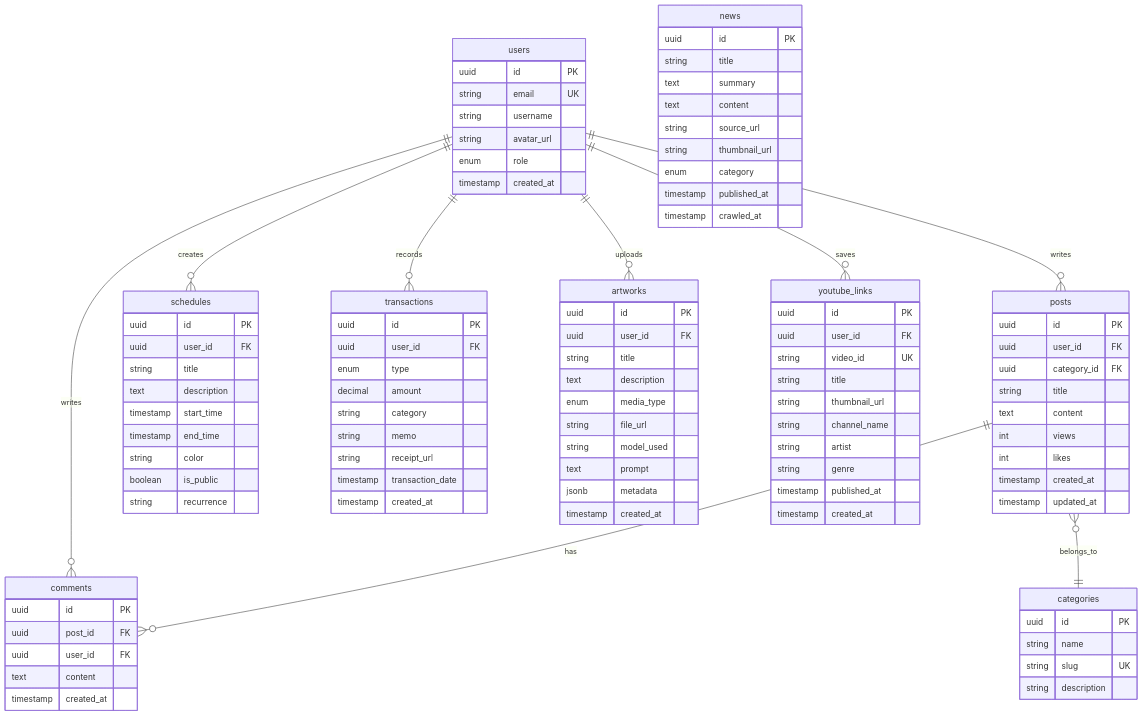
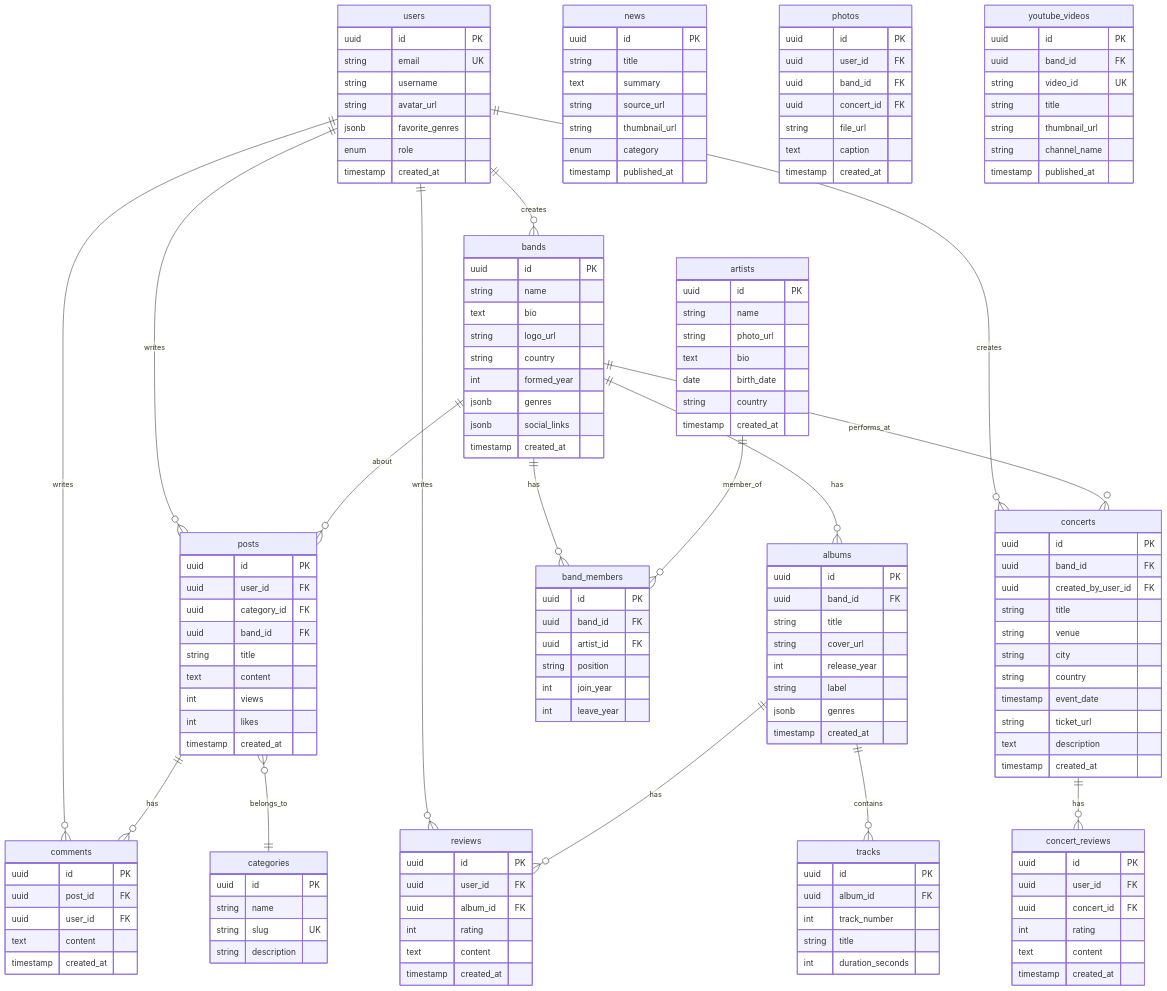
The diagram in LLD.md (choulyong/homepage), drawn with Mermaid before and after one commit. The commit also changed other lines of this file and 3 other files, not shown here.

````diff
--- a/LLD.md
+++ b/LLD.md
@@ -237,20 +137,114 @@
 erDiagram
     users ||--o{ posts : writes
     users ||--o{ comments : writes
-    users ||--o{ schedules : creates
-    users ||--o{ transactions : records
-    users ||--o{ artworks : uploads
-    users ||--o{ youtube_links : saves
+    users ||--o{ reviews : writes
+    users ||--o{ bands : creates
+    users ||--o{ concerts : creates
+
+    bands ||--o{ albums : has
+    bands ||--o{ band_members : has
+    bands ||--o{ concerts : performs_at
+    bands ||--o{ posts : about
+
+    albums ||--o{ reviews : has
+    albums ||--o{ tracks : contains
+
+    artists ||--o{ band_members : member_of
 
     posts ||--o{ comments : has
     posts }o--|| categories : belongs_to
+
+    concerts ||--o{ concert_reviews : has
 
     users {
         uuid id PK
         string email UK
         string username
         string avatar_url
+        jsonb favorite_genres
         enum role
+        timestamp created_at
+    }
+
+    bands {
+        uuid id PK
+        string name
+        text bio
+        string logo_url
+        string country
+        int formed_year
+        jsonb genres
+        jsonb social_links
+        timestamp created_at
+    }
+
+    albums {
+        uuid id PK
+        uuid band_id FK
+        string title
+        string cover_url
+        int release_year
+        string label
+        jsonb genres
+        timestamp created_at
+    }
+
+    tracks {
+        uuid id PK
+        uuid album_id FK
+        int track_number
+        string title
+        int duration_seconds
+    }
+
+    artists {
+        uuid id PK
+        string name
+        string photo_url
+        text bio
+        date birth_date
+        string country
+        timestamp created_at
+    }
+
+    band_members {
+        uuid id PK
+        uuid band_id FK
+        uuid artist_id FK
+        string position
+        int join_year
+        int leave_year
+    }
+
+    concerts {
+        uuid id PK
+        uuid band_id FK
+        uuid created_by_user_id FK
+        string title
+        string venue
+        string city
+        string country
+        timestamp event_date
+        string ticket_url
+        text description
+        timestamp created_at
+    }
+
+    reviews {
+        uuid id PK
+        uuid user_id FK
+        uuid album_id FK
+        int rating
+        text content
+        timestamp created_at
+    }
+
+    concert_reviews {
+        uuid id PK
+        uuid user_id FK
+        uuid concert_id FK
+        int rating
+        text content
         timestamp created_at
     }
 
@@ -258,12 +252,12 @@
         uuid id PK
         uuid user_id FK
         uuid category_id FK
+        uuid band_id FK
         string title
         text content
         int views
         int likes
         timestamp created_at
-        timestamp updated_at
     }
 
     categories {
@@ -281,65 +275,33 @@
         timestamp created_at
     }
 
-    schedules {
-        uuid id PK
-        uuid user_id FK
-        string title
-        text description
-        timestamp start_time
-        timestamp end_time
-        string color
-        boolean is_public
-        string recurrence
-    }
-
-    transactions {
-        uuid id PK
-        uuid user_id FK
-        enum type
-        decimal amount
-        string category
-        string memo
-        string receipt_url
-        timestamp transaction_date
-        timestamp created_at
-    }
-
     news {
         uuid id PK
         string title
         text summary
-        text content
         string source_url
         string thumbnail_url
         enum category
         timestamp published_at
-        timestamp crawled_at
     }
 
-    artworks {
+    photos {
         uuid id PK
         uuid user_id FK
-        string title
-        text description
-        enum media_type
+        uuid band_id FK
+        uuid concert_id FK
         string file_url
-        string model_used
-        text prompt
-        jsonb metadata
+        text caption
         timestamp created_at
     }
 
-    youtube_links {
+    youtube_videos {
         uuid id PK
-        uuid user_id FK
+        uuid band_id FK
         string video_id UK
         string title
         string thumbnail_url
         string channel_name
-        string artist
-        string genre
         timestamp published_at
-        timestamp created_at
     }
 ```
````
